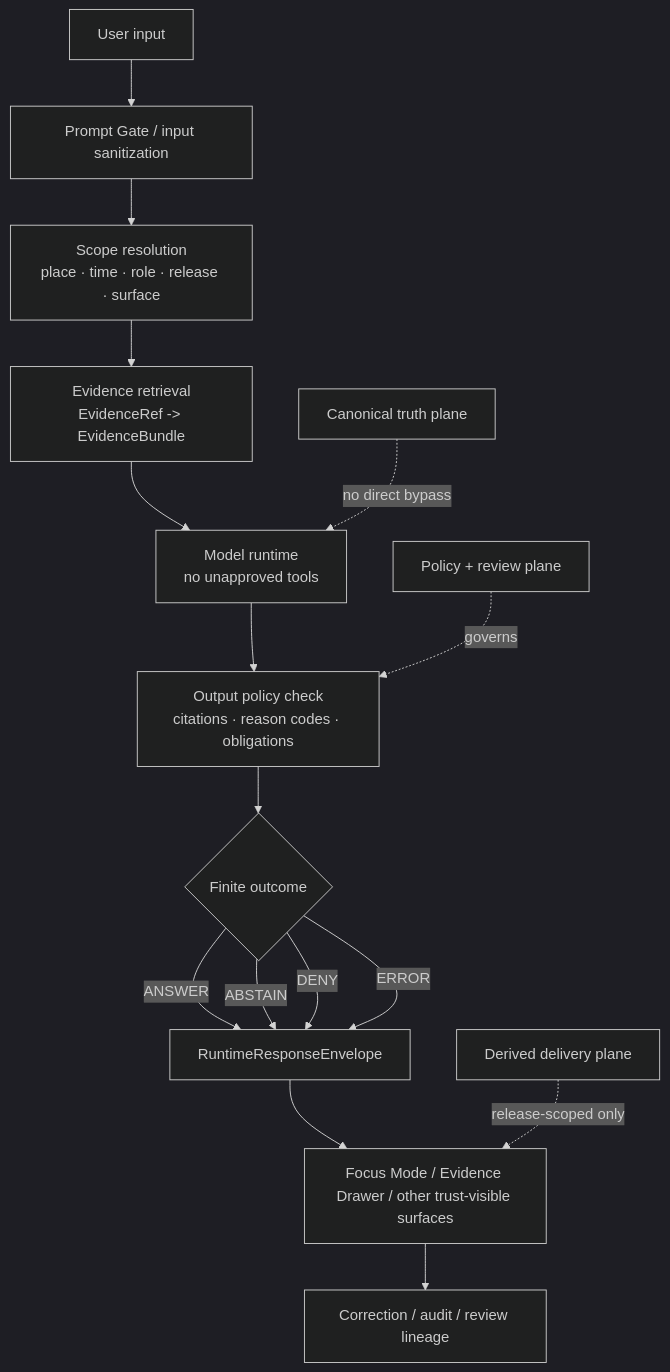
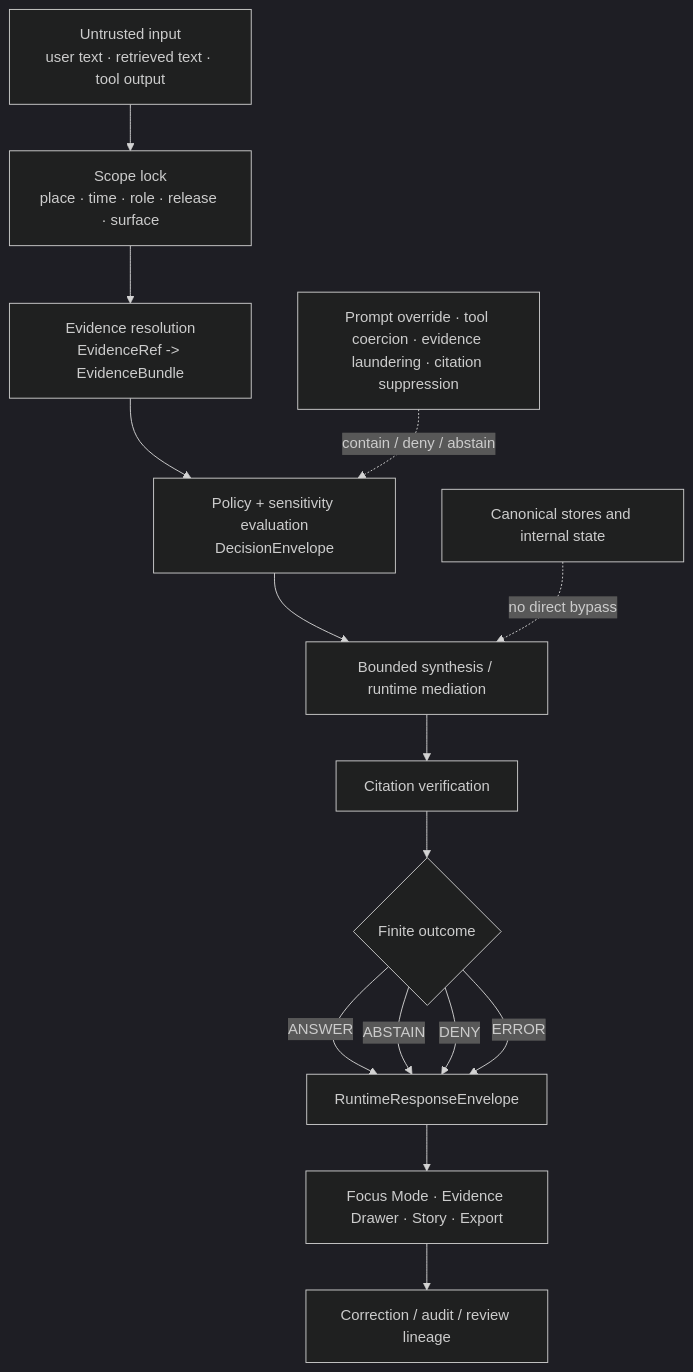
Before and after one commit to bartytime4life/Kansas-Frontier-Matrix: the diagram in docs/security/prompt-injection/README.md, drawn with Mermaid (dark theme). The commit also changed other lines of this file, not shown here.

First line of the commit message:
Revise README for prompt injection documentation clarity

````diff
--- a/docs/security/prompt-injection/README.md
+++ b/docs/security/prompt-injection/README.md
@@ -186,19 +183,18 @@
 ```mermaid
 flowchart TD
-    A[User input] --> B[Prompt Gate / input sanitization]
-    B --> C[Scope resolution<br/>place · time · role · release · surface]
-    C --> D[Evidence retrieval<br/>EvidenceRef -> EvidenceBundle]
-    D --> E[Model runtime<br/>no unapproved tools]
-    E --> F[Output policy check<br/>citations · reason codes · obligations]
+    A[Untrusted input<br/>user text · retrieved text · tool output] --> B[Scope lock<br/>place · time · role · release · surface]
+    B --> C[Evidence resolution<br/>EvidenceRef -> EvidenceBundle]
+    C --> D[Policy + sensitivity evaluation<br/>DecisionEnvelope]
+    D --> E[Bounded synthesis / runtime mediation]
+    E --> F[Citation verification]
     F --> G{Finite outcome}
     G -->|ANSWER| H[RuntimeResponseEnvelope]
     G -->|ABSTAIN| H
     G -->|DENY| H
     G -->|ERROR| H
-    H --> I[Focus Mode / Evidence Drawer / other trust-visible surfaces]
+    H --> I[Focus Mode · Evidence Drawer · Story · Export]
     I --> J[Correction / audit / review lineage]
 
-    K[Canonical truth plane] -. no direct bypass .-> E
-    L[Policy + review plane] -. governs .-> F
-    M[Derived delivery plane] -. release-scoped only .-> I
+    K[Prompt override · tool coercion · evidence laundering · citation suppression] -. contain / deny / abstain .-> D
+    L[Canonical stores and internal state] -. no direct bypass .-> E
 ```
````
